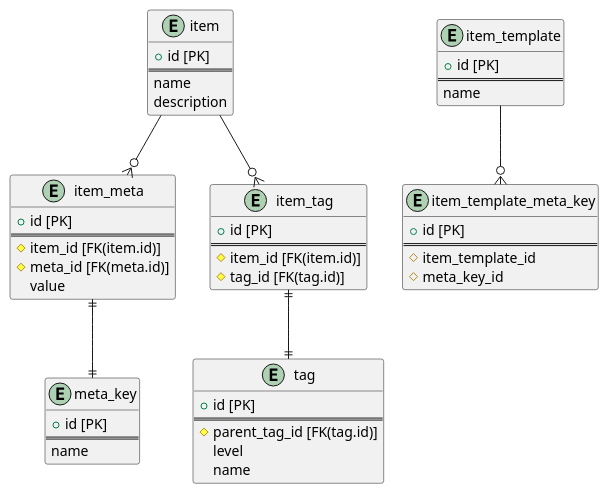
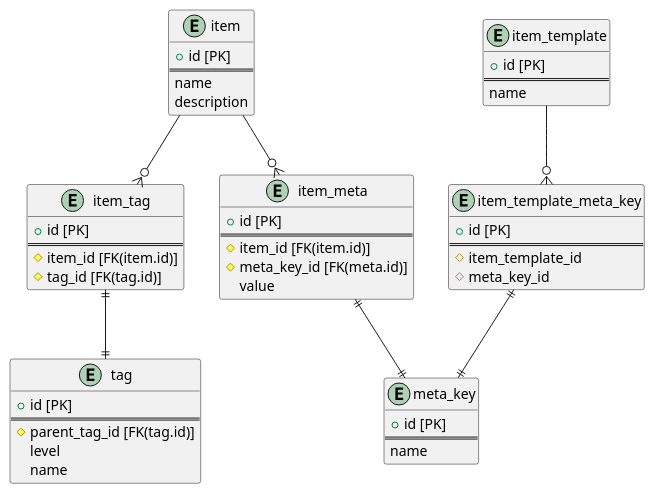
One commit to ao2-y/data-tag-manager changed the diagram in docs/database.puml. Above: the diagram before and after it, drawn with PlantUML. The commit also changed 1 other file, not shown here.

Commit message:
feat: カラム名をitem_meta.meta_id → item_meta.meta_key_id に変更

```diff
--- a/docs/database.puml
+++ b/docs/database.puml
@@ -1,90 +1,91 @@
 @startuml data_tag_manager
 
 entity "item" {
     + id [PK]
     ==
     name
     description
 }
 
 entity "meta_key" {
     + id [PK]
     ==
     name
 }
 
 entity "tag" {
     + id [PK]
     ==
     # parent_tag_id [FK(tag.id)]
     level
     name
 }
 
 entity "item_meta" {
     + id [PK]
     ==
     # item_id [FK(item.id)]
-    # meta_id [FK(meta.id)]
+    # meta_key_id [FK(meta.id)]
     value
 }
 
 entity "item_tag" {
     + id [PK]
     ==
     # item_id [FK(item.id)]
     # tag_id [FK(tag.id)]
 }
 
 entity "item_template" {
     + id [PK]
     ==
     name
 }
 
 entity "item_template_meta_key" {
     + id [PK]
     ==
     # item_template_id
     # meta_key_id
 }
 
 item --o{ item_tag
 item --o{ item_meta
 item_tag ||--|| tag
 item_meta ||--|| meta_key
 item_template --o{ item_template_meta_key
+item_template_meta_key  ||--|| meta_key
 
 ' 案2
 ' entity "item_1" {
 '     + id [PK]
 '     ==
 '     # item_template_id 
 ' }
 ' entity "item_template" {
 '     + id [PK]
 '     ==
 '     name
 ' }
 ' entity "item_template_meta_key" {
 '     + id [PK]
 '     ==
 '     # item_template_id
 '     # meta_key_id
 
 ' }
 ' entity "meta_key_2" {
 '     + id [PK]
 '     ==
 '     name
 ' }
 
 ' item_1 --o{ item_template
 ' item_template --o{ item_template_meta_key
 ' item_template_meta_key --o{ meta_key_2
 
 
 
 
 
 @enduml
```
